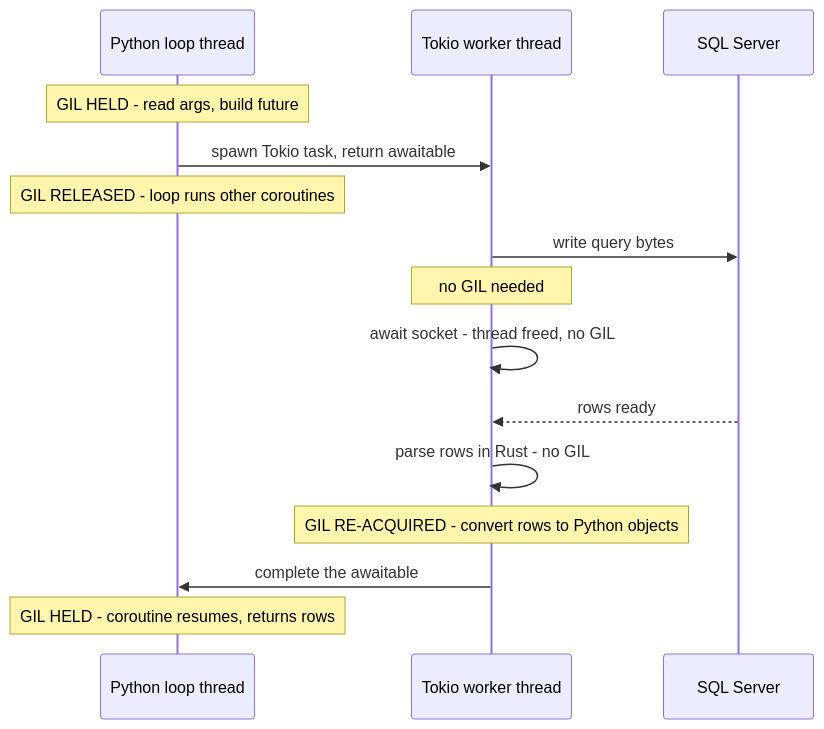
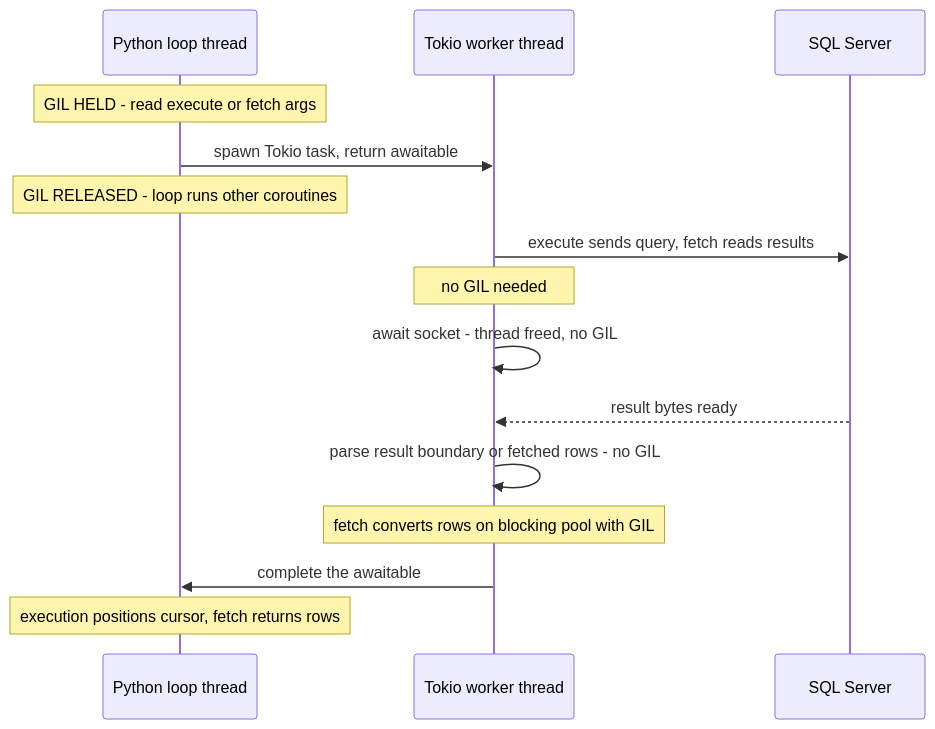
One commit to microsoft/mssql-rs changed the seventh of 16 diagrams in docs/async-execution-design.md. Above: the diagram before and after it, drawn with Mermaid. The commit also changed other lines of this file and 1 other file, not shown here.

Commit message:
Correct async architecture documentation and API examples

````diff
--- a/docs/async-execution-design.md
+++ b/docs/async-execution-design.md
@@ -500,18 +545,18 @@
 ```mermaid
 sequenceDiagram
     participant PL as Python loop thread
     participant TW as Tokio worker thread
     participant SQL as SQL Server
 
-    Note over PL: GIL HELD - read args, build future
+    Note over PL: GIL HELD - read execute or fetch args
     PL->>TW: spawn Tokio task, return awaitable
     Note over PL: GIL RELEASED - loop runs other coroutines
-    TW->>SQL: write query bytes
+    TW->>SQL: execute sends query, fetch reads results
     Note over TW: no GIL needed
     TW->>TW: await socket - thread freed, no GIL
-    SQL-->>TW: rows ready
-    TW->>TW: parse rows in Rust - no GIL
-    Note over TW: GIL RE-ACQUIRED - convert rows to Python objects
+    SQL-->>TW: result bytes ready
+    TW->>TW: parse result boundary or fetched rows - no GIL
+    Note over TW: fetch converts rows on blocking pool with GIL
     TW->>PL: complete the awaitable
-    Note over PL: GIL HELD - coroutine resumes, returns rows
+    Note over PL: execution positions cursor, fetch returns rows
 ```
````
